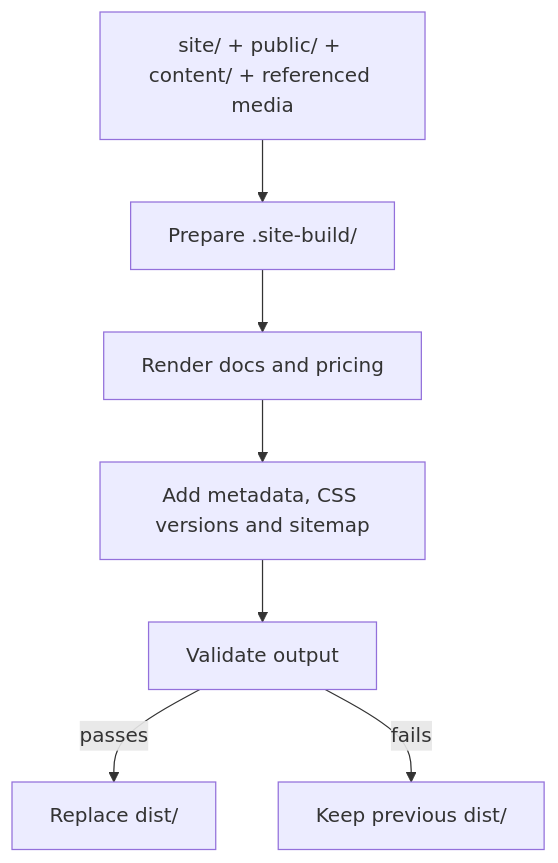
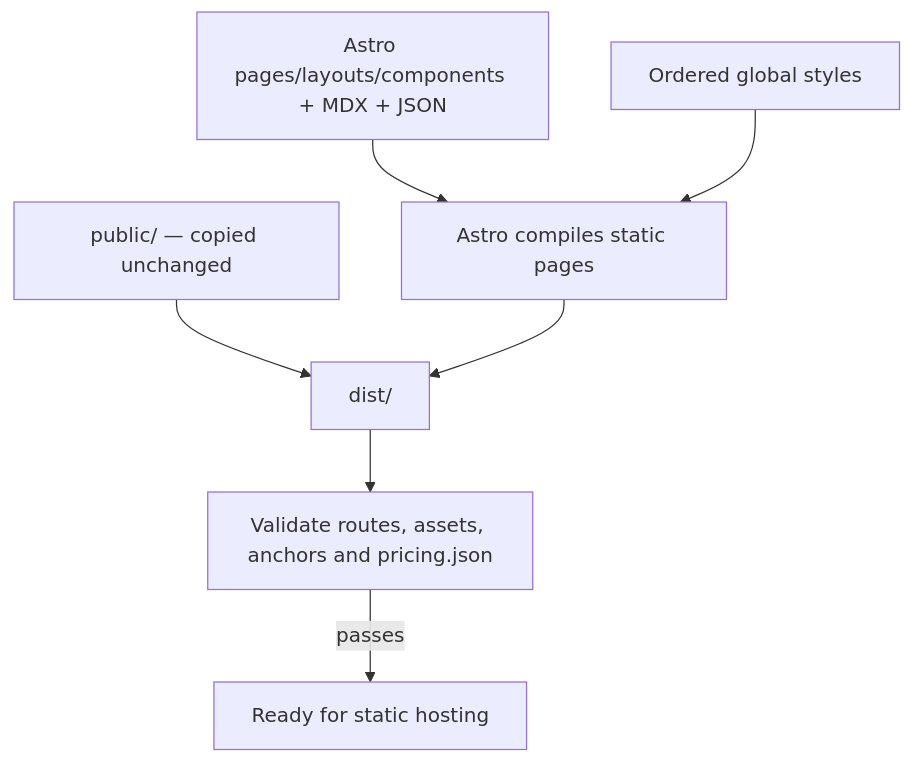
One commit to samu/snippets.github.io changed the diagram in README.md. Above: the diagram before and after it, drawn with Mermaid. The commit also changed other lines of this file and 194 other files, not shown here.

Commit message:
Migrate static website to Astro components and MDX

````diff
--- a/README.md
+++ b/README.md
@@ -60,9 +70,9 @@
 ```mermaid
 flowchart TD
-  Sources["site/ + public/ + content/ + referenced media"] --> Stage["Prepare .site-build/"]
-  Stage --> Pages["Render docs and pricing"]
-  Pages --> Finalize["Add metadata, CSS versions and sitemap"]
-  Finalize --> Check["Validate output"]
-  Check -->|passes| Dist["Replace dist/"]
-  Check -->|fails| Keep["Keep previous dist/"]
+  Sources["Astro pages/layouts/components + MDX + JSON"] --> Astro["Astro compiles static pages"]
+  Styles["Ordered global styles"] --> Astro
+  Public["public/ — copied unchanged"] --> Dist["dist/"]
+  Astro --> Dist
+  Dist --> Check["Validate routes, assets, anchors and pricing.json"]
+  Check -->|passes| Publish["Ready for static hosting"]
 ```
````
